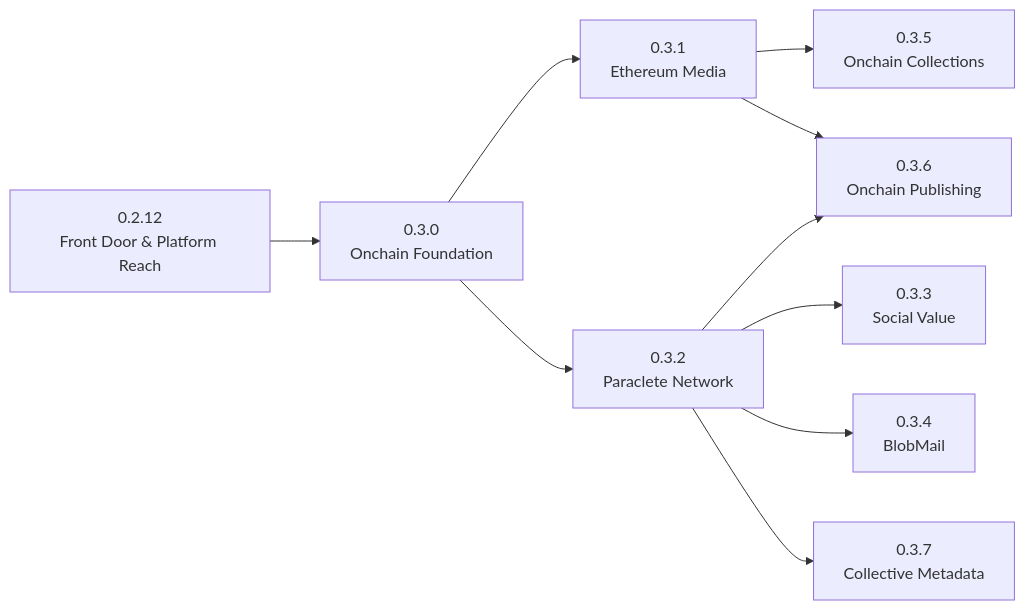
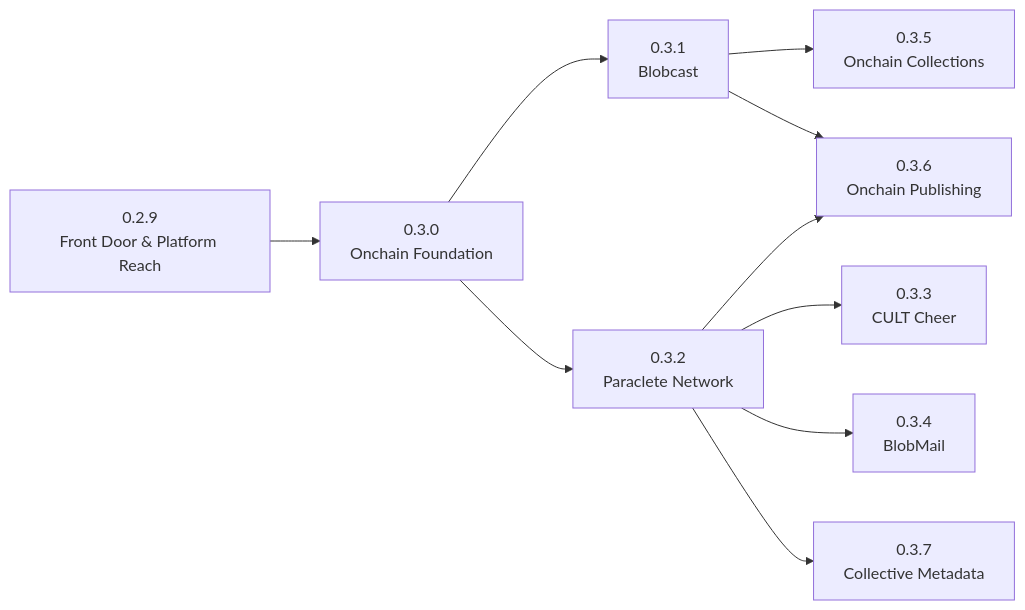
The diagram in docs/ONCHAIN_ROADMAP.md (bonklek/milXdy), drawn with Mermaid before and after one commit. The commit also changed other lines of this file and 45 other files, not shown here.

````diff
--- a/docs/ONCHAIN_ROADMAP.md
+++ b/docs/ONCHAIN_ROADMAP.md
@@ -24,12 +24,12 @@
 ```mermaid
 flowchart LR
-    A["0.2.12<br/>Front Door & Platform Reach"] --> B["0.3.0<br/>Onchain Foundation"]
-    B --> C["0.3.1<br/>Ethereum Media"]
+    A["0.2.9<br/>Front Door & Platform Reach"] --> B["0.3.0<br/>Onchain Foundation"]
+    B --> C["0.3.1<br/>Blobcast"]
     B --> D["0.3.2<br/>Paraclete Network"]
-    D --> E["0.3.3<br/>Social Value"]
+    D --> E["0.3.3<br/>CULT Cheer"]
     D --> F["0.3.4<br/>BlobMail"]
     C --> G["0.3.5<br/>Onchain Collections"]
     C --> H["0.3.6<br/>Onchain Publishing"]
     D --> H
     D --> I["0.3.7<br/>Collective Metadata"]
 ```
````
